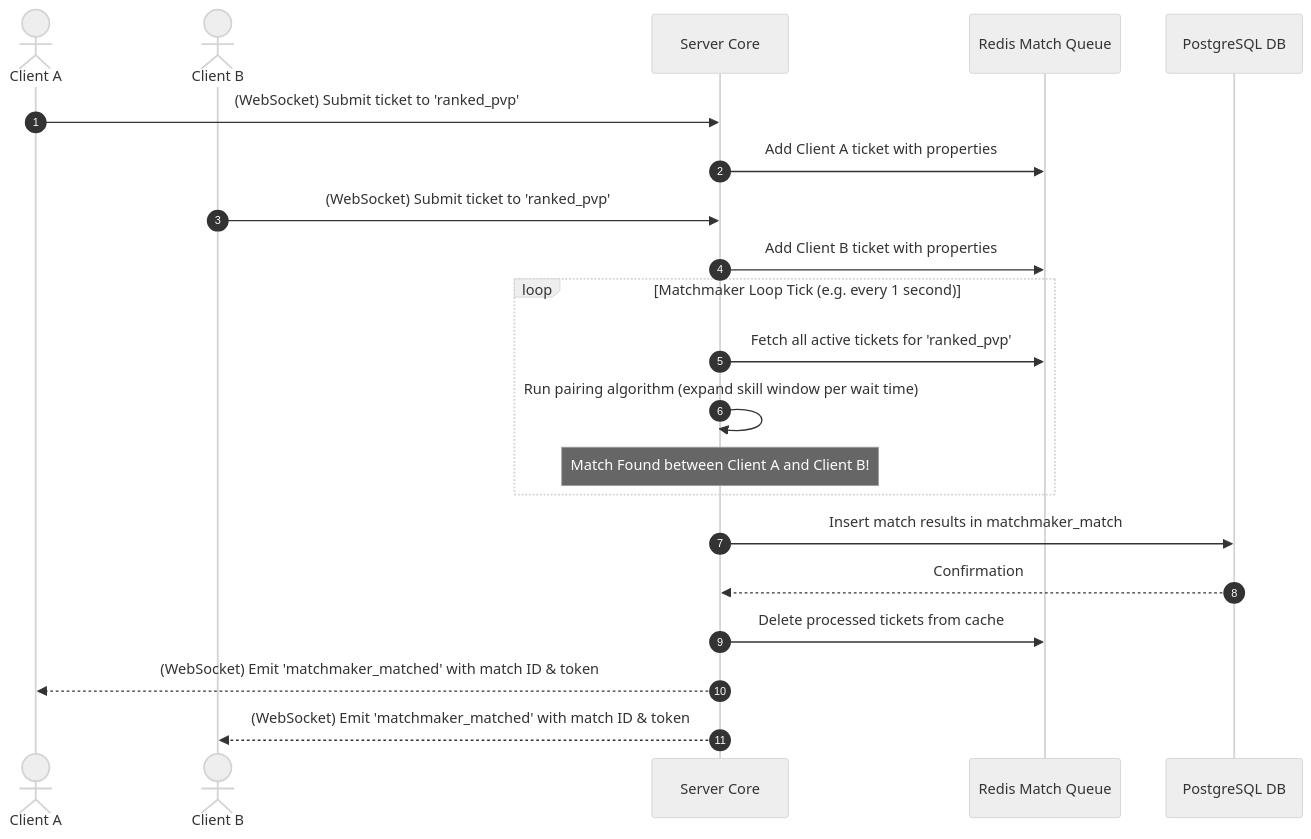
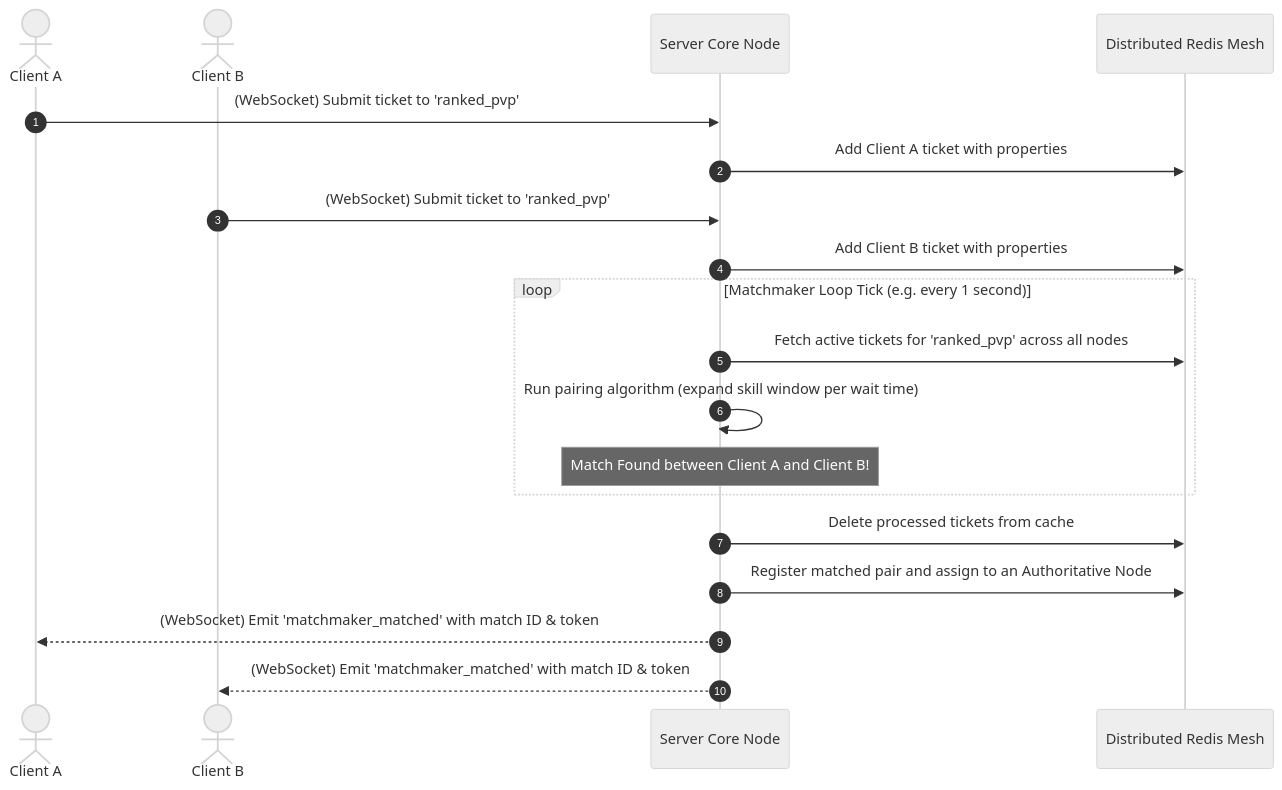
One commit to BornToBuildGame/documents changed the diagram in TDD/02_multiplayer_matchmaking.md. Above: the diagram before and after it, drawn with Mermaid (neutral theme). The commit also changed other lines of this file and 27 other files, not shown here.

````diff
--- a/TDD/02_multiplayer_matchmaking.md
+++ b/TDD/02_multiplayer_matchmaking.md
@@ -27,26 +27,24 @@
 ```mermaid
 sequenceDiagram
     autonumber
     actor Client A
     actor Client B
-    participant Server as Server Core
-    participant Cache as Redis Match Queue
-    participant DB as PostgreSQL DB
+    participant Server as Server Core Node
+    participant Cache as Distributed Redis Mesh
 
     Client A->>Server: (WebSocket) Submit ticket to 'ranked_pvp'
     Server->>Cache: Add Client A ticket with properties
     Client B->>Server: (WebSocket) Submit ticket to 'ranked_pvp'
     Server->>Cache: Add Client B ticket with properties
 
     loop Matchmaker Loop Tick (e.g. every 1 second)
-        Server->>Cache: Fetch all active tickets for 'ranked_pvp'
+        Server->>Cache: Fetch active tickets for 'ranked_pvp' across all nodes
         Server->>Server: Run pairing algorithm (expand skill window per wait time)
         Note over Server: Match Found between Client A and Client B!
     end
 
-    Server->>DB: Insert match results in matchmaker_match
-    DB-->>Server: Confirmation
     Server->>Cache: Delete processed tickets from cache
+    Server->>Cache: Register matched pair and assign to an Authoritative Node
     Server-->>Client A: (WebSocket) Emit 'matchmaker_matched' with match ID & token
     Server-->>Client B: (WebSocket) Emit 'matchmaker_matched' with match ID & token
 ```
````
